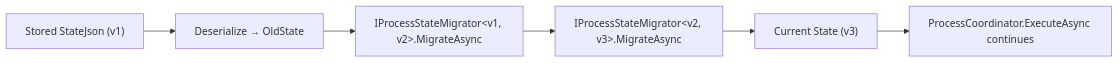
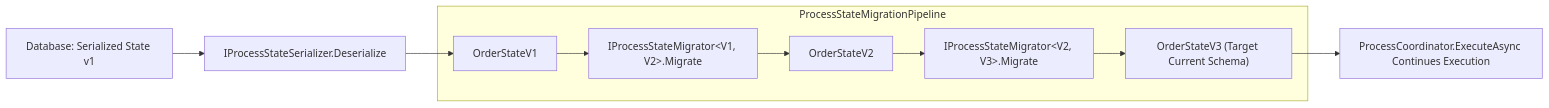
Before and after one commit to ericksonlopezf/dotnet-processes: the eighth of 8 diagrams in docs/architecture/architecture-and-diagrams.md, drawn with Mermaid. The commit also changed other lines of this file and 232 other files, not shown here.

````diff
--- a/docs/architecture/architecture-and-diagrams.md
+++ b/docs/architecture/architecture-and-diagrams.md
@@ -167,8 +233,14 @@
 ```mermaid
-graph LR
-    A["Stored StateJson (v1)"] --> B["Deserialize → OldState"]
-    B --> C["IProcessStateMigrator&lt;v1, v2&gt;.MigrateAsync"]
-    C --> D["IProcessStateMigrator&lt;v2, v3&gt;.MigrateAsync"]
-    D --> E["Current State (v3)"]
-    E --> F["ProcessCoordinator.ExecuteAsync continues"]
+flowchart LR
+    STORED["Database: Serialized State v1"] --> DESER["IProcessStateSerializer.Deserialize"]
+    DESER --> V1["OrderStateV1"]
+    
+    subgraph PIPELINE["ProcessStateMigrationPipeline"]
+        V1 --> STEP1["IProcessStateMigrator&lt;V1, V2&gt;.Migrate"]
+        STEP1 --> V2["OrderStateV2"]
+        V2 --> STEP2["IProcessStateMigrator&lt;V2, V3&gt;.Migrate"]
+        STEP2 --> V3["OrderStateV3 (Target Current Schema)"]
+    end
+    
+    V3 --> EXEC["ProcessCoordinator.ExecuteAsync Continues Execution"]
 ```
````
